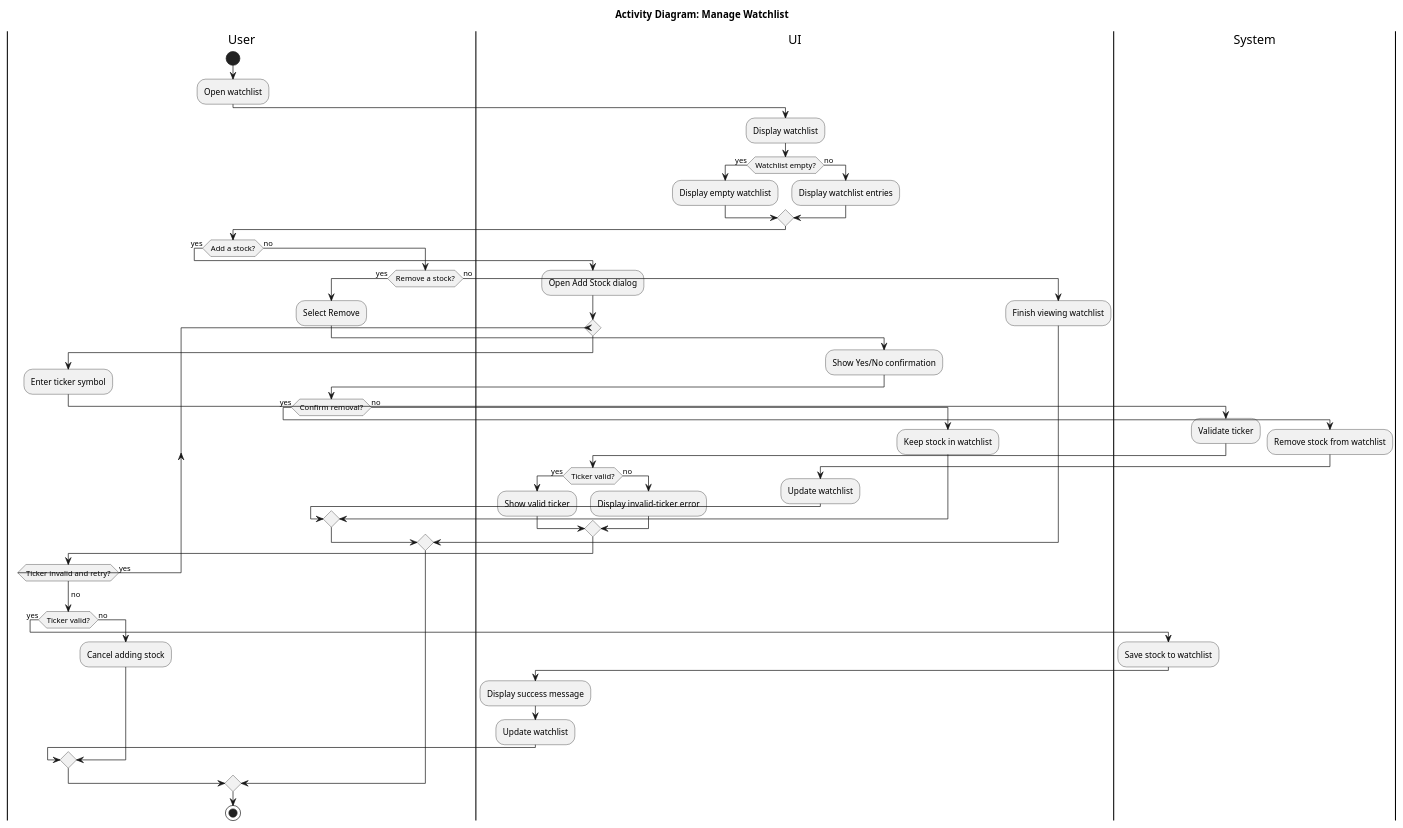
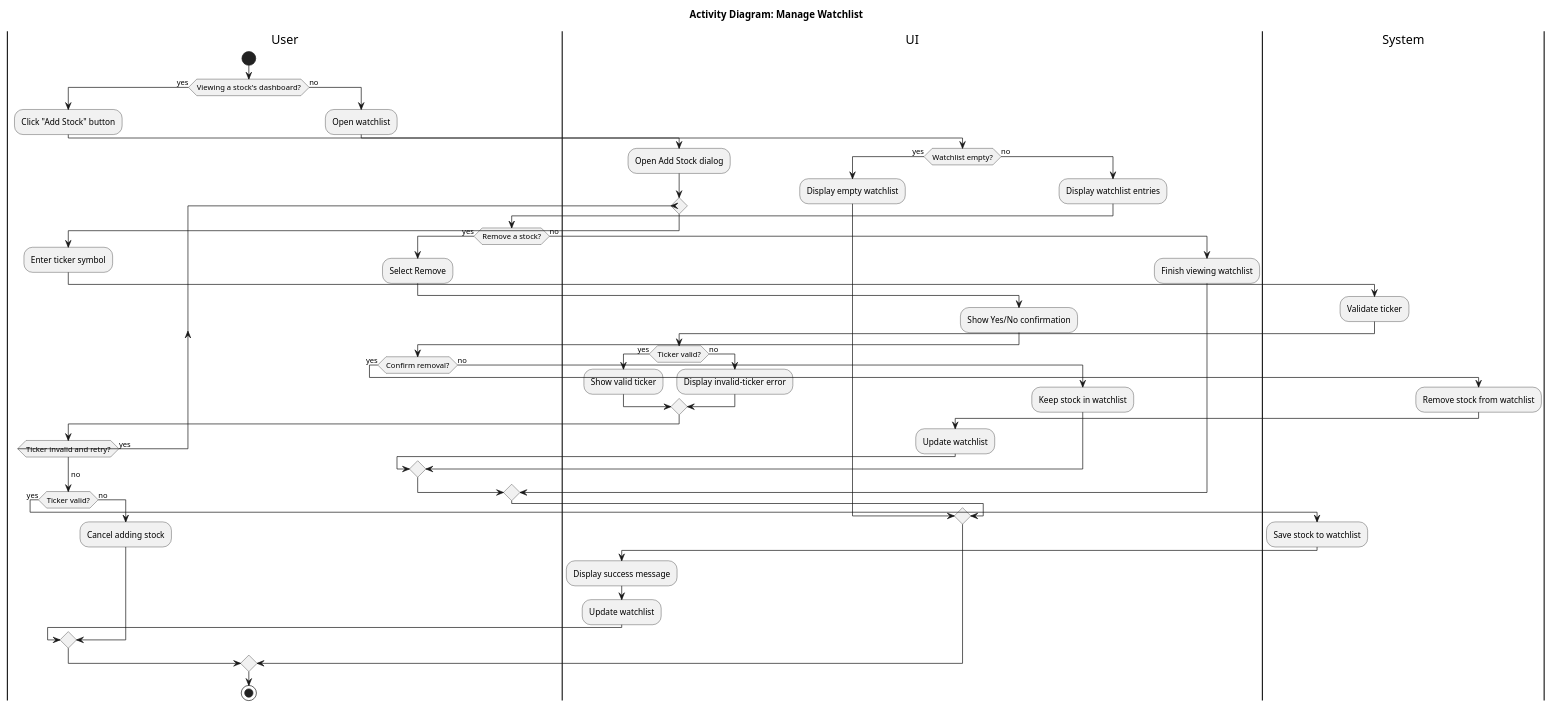
One commit to techGirl0/stock-market-analyzer changed the diagram in documentation/Media/ManageWatchlistActivityDiagram.puml. Above: the diagram before and after it, drawn with PlantUML. The commit also changed 3 other files, not shown here.

Commit message:
Activity diagram Tweaks

```diff
--- a/documentation/Media/ManageWatchlistActivityDiagram.puml
+++ b/documentation/Media/ManageWatchlistActivityDiagram.puml
@@ -1,77 +1,77 @@
 @startuml
 title Activity Diagram: Manage Watchlist
 
 |User|
 start
-:Open watchlist;
+if (Viewing a stock's dashboard?) then (yes)
+  :Click "Add Stock" button;
 
-|UI|
-:Display watchlist;
-
-if (Watchlist empty?) then (yes)
-  :Display empty watchlist;
-else (no)
-  :Display watchlist entries;
-endif
-
-|User|
-if (Add a stock?) then (yes)
   |UI|
   :Open Add Stock dialog;
 
   repeat
     |User|
     :Enter ticker symbol;
 
     |System|
     :Validate ticker;
 
     |UI|
     if (Ticker valid?) then (yes)
       :Show valid ticker;
     else (no)
       :Display invalid-ticker error;
     endif
 
     |User|
   repeat while (Ticker invalid and retry?) is (yes)
   -> no;
 
   if (Ticker valid?) then (yes)
     |System|
     :Save stock to watchlist;
 
     |UI|
     :Display success message;
     :Update watchlist;
   else (no)
     |User|
     :Cancel adding stock;
   endif
 
 else (no)
-  if (Remove a stock?) then (yes)
-    :Select Remove;
+  :Open watchlist;
 
-    |UI|
-    :Show Yes/No confirmation;
+  |UI|
+  if (Watchlist empty?) then (yes)
+    :Display empty watchlist;
+  else (no)
+    :Display watchlist entries;
 
     |User|
-    if (Confirm removal?) then (yes)
-      |System|
-      :Remove stock from watchlist;
+    if (Remove a stock?) then (yes)
+      :Select Remove;
 
       |UI|
-      :Update watchlist;
+      :Show Yes/No confirmation;
+
+      |User|
+      if (Confirm removal?) then (yes)
+        |System|
+        :Remove stock from watchlist;
+
+        |UI|
+        :Update watchlist;
+      else (no)
+        |UI|
+        :Keep stock in watchlist;
+      endif
     else (no)
-      |UI|
-      :Keep stock in watchlist;
+      :Finish viewing watchlist;
     endif
-  else (no)
-    :Finish viewing watchlist;
   endif
 endif
 
 |User|
 stop
 @enduml
```
